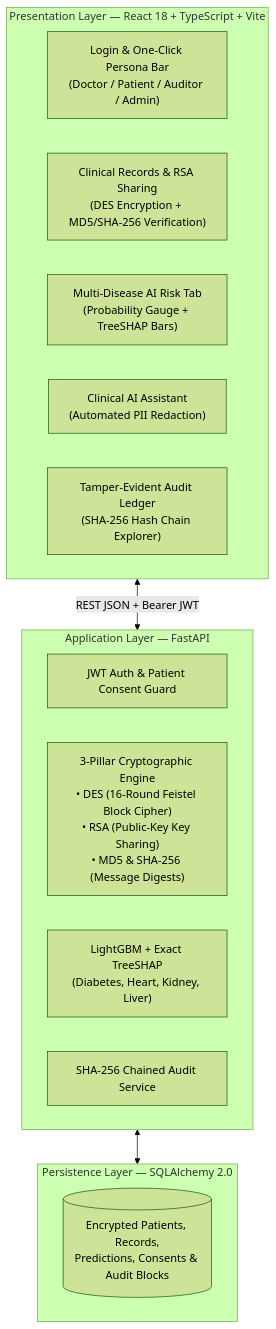
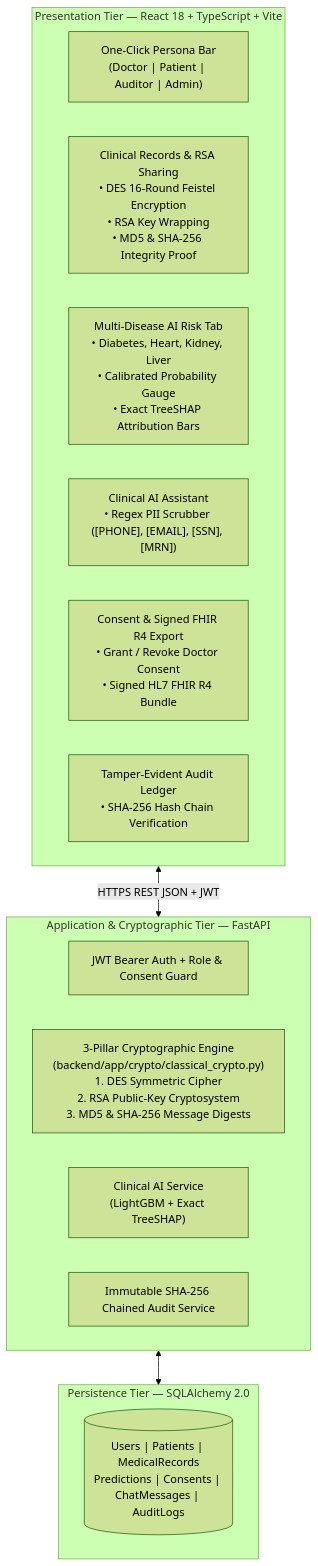
The diagram in docs/PROJECT_REPORT.md (ezylopx5/secure-ehr), drawn with Mermaid (forest theme) before and after one commit. The commit also changed other lines of this file, not shown here.

````diff
--- a/docs/PROJECT_REPORT.md
+++ b/docs/PROJECT_REPORT.md
@@ -46,24 +51,25 @@
 ```mermaid
 flowchart TB
-    subgraph Frontend["Presentation Layer — React 18 + TypeScript + Vite"]
-        Login["Login & One-Click Persona Bar\n(Doctor / Patient / Auditor / Admin)"]
-        RecordsUI["Clinical Records & RSA Sharing\n(DES Encryption + MD5/SHA-256 Verification)"]
-        RiskUI["Multi-Disease AI Risk Tab\n(Probability Gauge + TreeSHAP Bars)"]
-        ChatUI["Clinical AI Assistant\n(Automated PII Redaction)"]
-        AuditUI["Tamper-Evident Audit Ledger\n(SHA-256 Hash Chain Explorer)"]
+    subgraph Client["Presentation Tier — React 18 + TypeScript + Vite"]
+        PersonaBar["One-Click Persona Bar\n(Doctor | Patient | Auditor | Admin)"]
+        RecordsTab["Clinical Records & RSA Sharing\n• DES 16-Round Feistel Encryption\n• RSA Key Wrapping\n• MD5 & SHA-256 Integrity Proof"]
+        RiskTab["Multi-Disease AI Risk Tab\n• Diabetes, Heart, Kidney, Liver\n• Calibrated Probability Gauge\n• Exact TreeSHAP Attribution Bars"]
+        AssistantTab["Clinical AI Assistant\n• Regex PII Scrubber ([PHONE], [EMAIL], [SSN], [MRN])"]
+        ConsentTab["Consent & Signed FHIR R4 Export\n• Grant / Revoke Doctor Consent\n• Signed HL7 FHIR R4 Bundle"]
+        AuditPage["Tamper-Evident Audit Ledger\n• SHA-256 Hash Chain Verification"]
     end
 
-    subgraph Backend["Application Layer — FastAPI"]
-        AuthSvc["JWT Auth & Patient Consent Guard"]
-        CryptoEngine["3-Pillar Cryptographic Engine\n• DES (16-Round Feistel Block Cipher)\n• RSA (Public-Key Key Sharing)\n• MD5 & SHA-256 (Message Digests)"]
-        MLService["LightGBM + Exact TreeSHAP\n(Diabetes, Heart, Kidney, Liver)"]
-        AuditSvc["SHA-256 Chained Audit Service"]
+    subgraph Server["Application & Cryptographic Tier — FastAPI"]
+        AuthGuard["JWT Bearer Auth + Role & Consent Guard"]
+        CryptoCore["3-Pillar Cryptographic Engine\n(backend/app/crypto/classical_crypto.py)\n1. DES Symmetric Cipher\n2. RSA Public-Key Cryptosystem\n3. MD5 & SHA-256 Message Digests"]
+        MLEngine["Clinical AI Service\n(LightGBM + Exact TreeSHAP)"]
+        AuditEngine["Immutable SHA-256 Chained Audit Service"]
     end
 
-    subgraph Storage["Persistence Layer — SQLAlchemy 2.0"]
-        DB[("Encrypted Patients, Records,\nPredictions, Consents & Audit Blocks")]
+    subgraph Database["Persistence Tier — SQLAlchemy 2.0"]
+        Tables[("Users | Patients | MedicalRecords\nPredictions | Consents | ChatMessages | AuditLogs")]
     end
 
-    Frontend <-->|REST JSON + Bearer JWT| Backend
-    Backend <--> Storage
+    Client <-->|HTTPS REST JSON + JWT| Server
+    Server <--> Database
 ```
````
